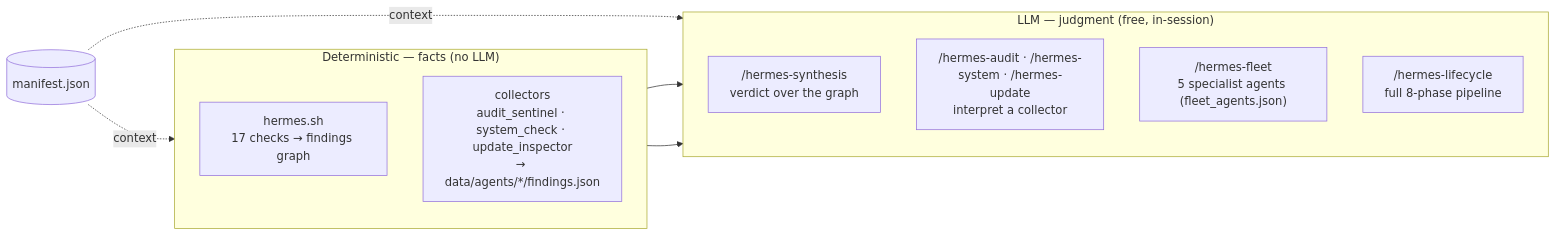
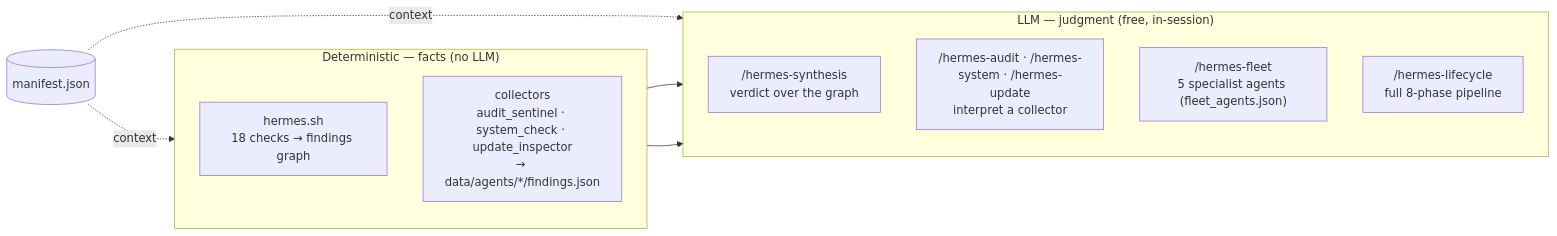
One commit to Neoptolemospapadiofantous/automation_dashboard changed the second of 2 diagrams in docs/hermes/README.md. Above: the diagram before and after it, drawn with Mermaid. The commit also changed other lines of this file and 53 other files, not shown here.

First line of the commit message:
Embed recording, lead-board polish, and a live architecture graph + integrity gate (#25)

````diff
--- a/docs/hermes/README.md
+++ b/docs/hermes/README.md
@@ -56,20 +56,20 @@
 ```mermaid
 flowchart LR
   subgraph DET["Deterministic — facts (no LLM)"]
     direction TB
-    W["hermes.sh<br/>17 checks → findings graph"]
+    W["hermes.sh<br/>18 checks → findings graph"]
     COL["collectors<br/>audit_sentinel · system_check · update_inspector<br/>→ data/agents/*/findings.json"]
   end
   subgraph LLML["LLM — judgment (free, in-session)"]
     direction TB
     SY["/hermes-synthesis<br/>verdict over the graph"]
     AU["/hermes-audit · /hermes-system · /hermes-update<br/>interpret a collector"]
     FL["/hermes-fleet<br/>5 specialist agents (fleet_agents.json)"]
     LC["/hermes-lifecycle<br/>full 8-phase pipeline"]
   end
   TRUNK[("manifest.json")]
   W --> SY
   COL --> AU
   TRUNK -. context .-> W
   TRUNK -. context .-> SY
 ```
````
